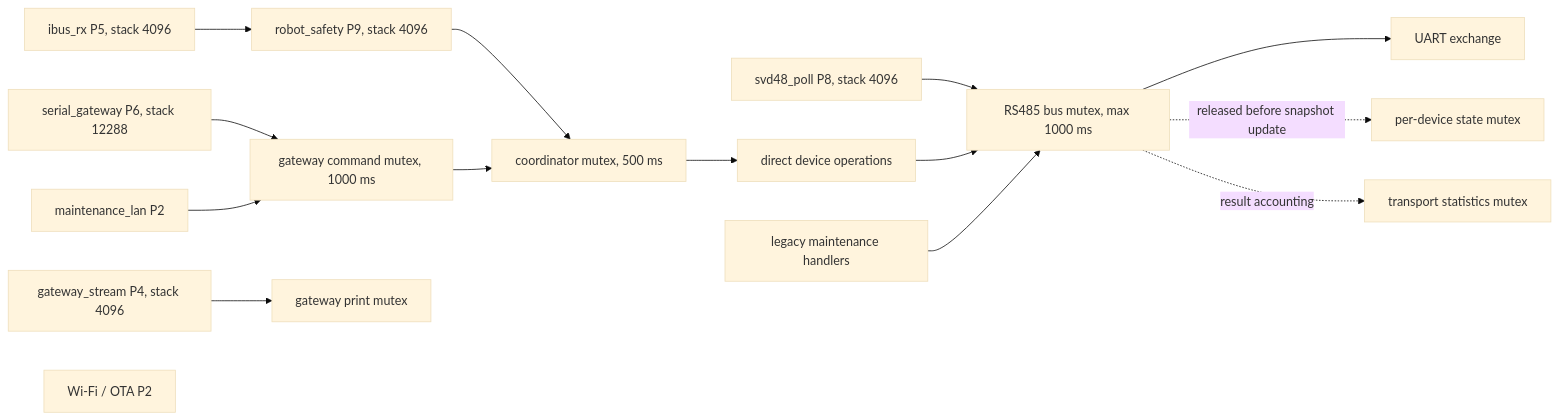
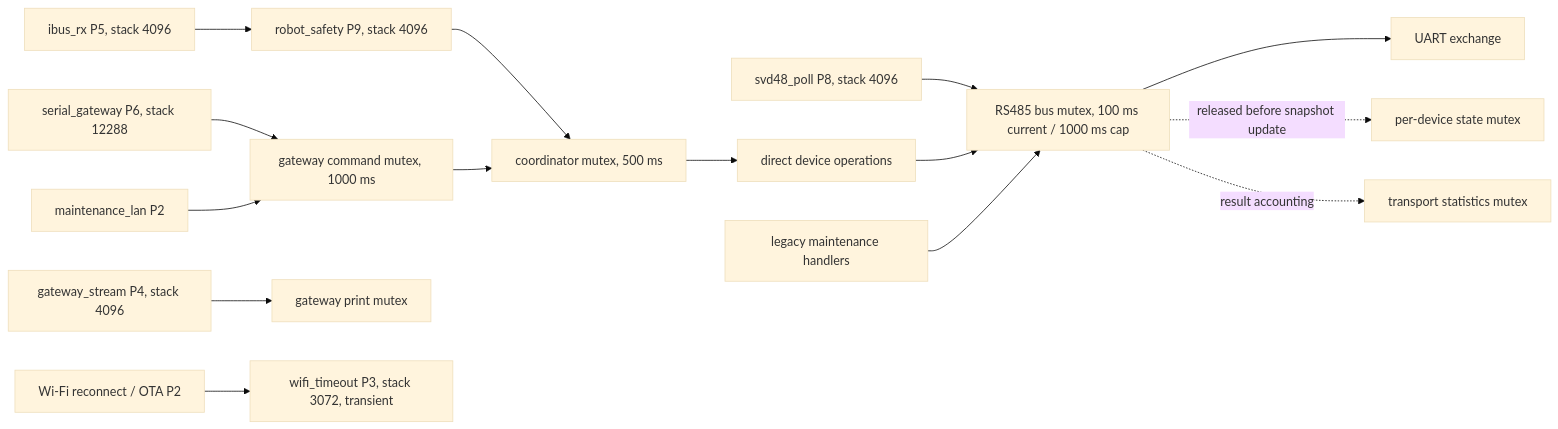
Before and after one commit to juanpmz2001/sistema-motriz-rs485: the fifth of 5 diagrams in docs/ARCHITECTURE.md, drawn with Mermaid (base theme). The commit also changed other lines of this file and 4 other files, not shown here.

````diff
--- a/docs/ARCHITECTURE.md
+++ b/docs/ARCHITECTURE.md
@@ -231,14 +231,14 @@
 ```mermaid
 flowchart LR
   SAFETY[robot_safety P9, stack 4096] --> CM[coordinator mutex, 500 ms]
   GATEWAY[serial_gateway P6, stack 12288] --> CMD[gateway command mutex, 1000 ms] --> CM
   STREAM[gateway_stream P4, stack 4096] --> PRINT[gateway print mutex]
-  POLL[svd48_poll P8, stack 4096] --> BM[RS485 bus mutex, max 1000 ms]
+  POLL[svd48_poll P8, stack 4096] --> BM[RS485 bus mutex, 100 ms current / 1000 ms cap]
   CM --> DEV[direct device operations] --> BM --> UART[UART exchange]
   MAINT[legacy maintenance handlers] --> BM
   BM -. released before snapshot update .-> STATE[per-device state mutex]
   BM -. result accounting .-> STATS[transport statistics mutex]
   RC[ibus_rx P5, stack 4096] --> SAFETY
   MAINTLAN[maintenance_lan P2] --> CMD
-  BACKGROUND[Wi-Fi / OTA P2]
+  BACKGROUND[Wi-Fi reconnect / OTA P2] --> WIFITIMEOUT[wifi_timeout P3, stack 3072, transient]
 ```
````
